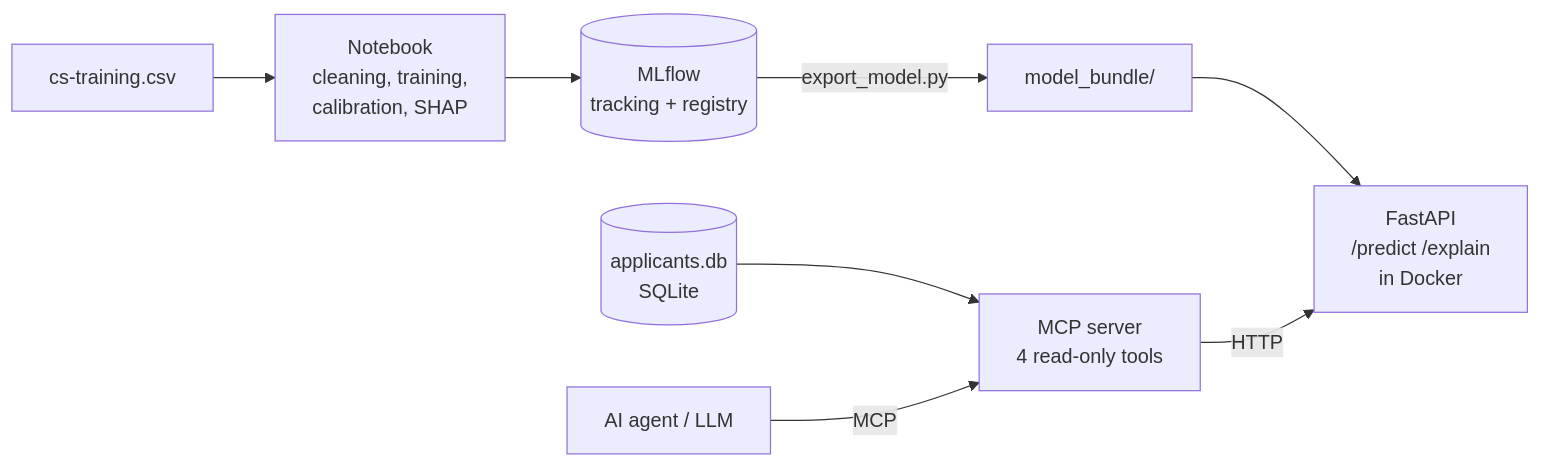
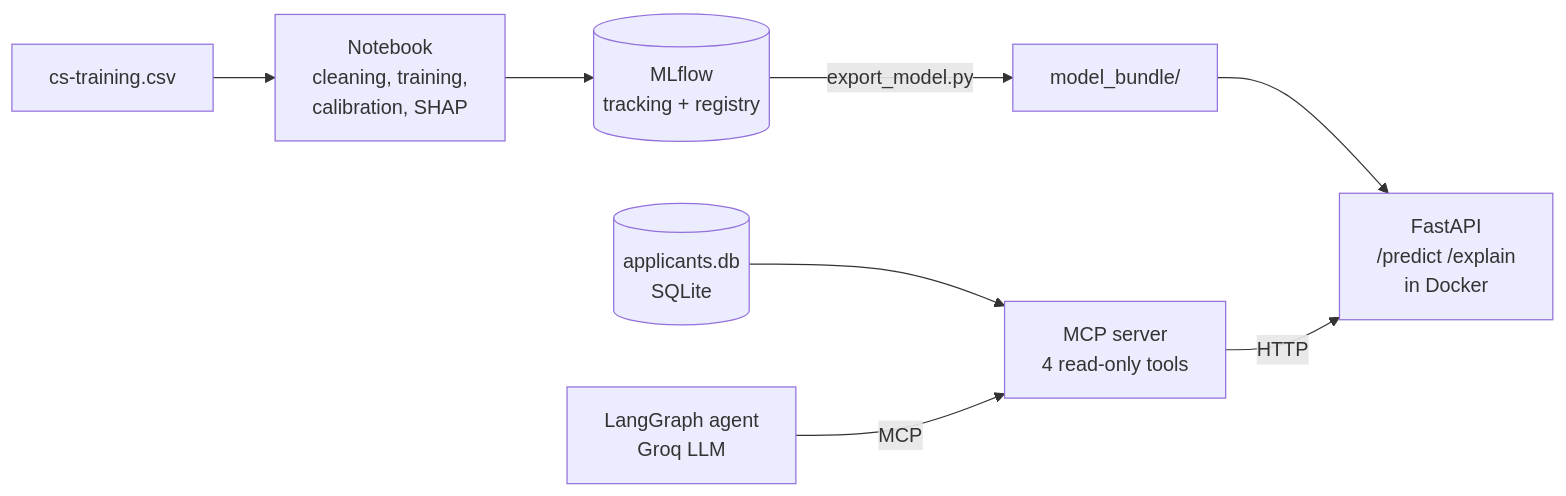
The diagram in README.md (EmnaMallek1/credit_scoring), drawn with Mermaid before and after one commit. The commit also changed other lines of this file and 10 other files, not shown here.

Commit message:
Add LangGraph agent that writes credit memos via the MCP server

````diff
--- a/README.md
+++ b/README.md
@@ -30,10 +30,10 @@
 ```mermaid
 flowchart LR
     A[cs-training.csv] --> B[Notebook<br/>cleaning, training,<br/>calibration, SHAP]
     B --> C[(MLflow<br/>tracking + registry)]
     C -->|export_model.py| D[model_bundle/]
     D --> E[FastAPI<br/>/predict /explain<br/>in Docker]
     F[(applicants.db<br/>SQLite)] --> G[MCP server<br/>4 read-only tools]
     G -->|HTTP| E
-    H[AI agent / LLM] -->|MCP| G
+    H[LangGraph agent<br/>Groq LLM] -->|MCP| G
 ```
````
